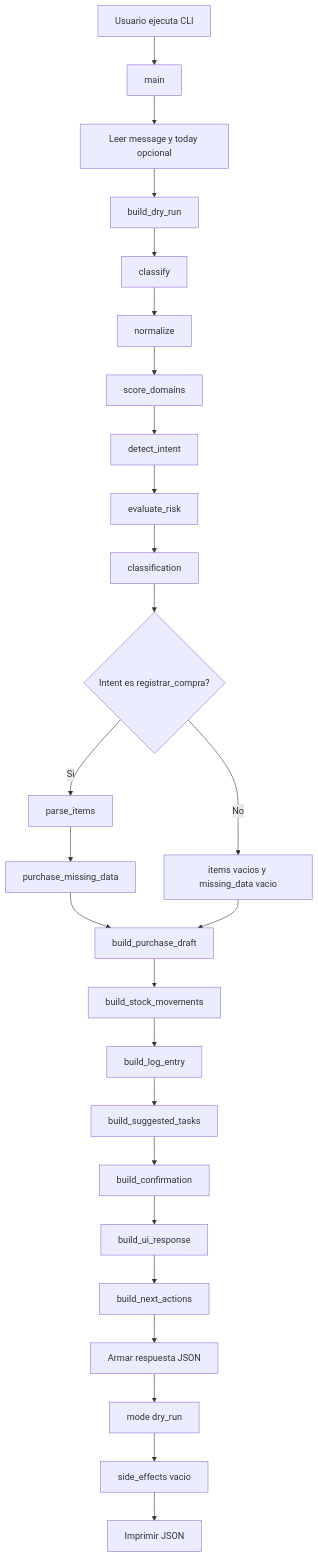
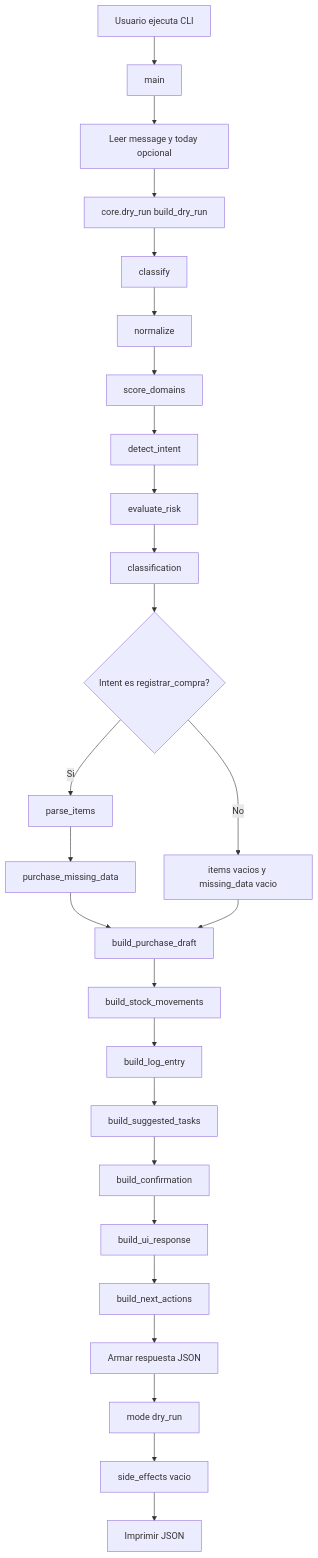
One commit to nbenitz/granja-luna-agent changed the first of 3 diagrams in runtime/docs/granja-dry-run-flow.md. Above: the diagram before and after it, drawn with Mermaid. The commit also changed other lines of this file and 12 other files, not shown here.

Commit message:
Refactor dry-run runtime into core modules

````diff
--- a/runtime/docs/granja-dry-run-flow.md
+++ b/runtime/docs/granja-dry-run-flow.md
@@ -23,31 +29,31 @@
 ```mermaid
 flowchart TD
     A[Usuario ejecuta CLI] --> B[main]
     B --> C[Leer message y today opcional]
-    C --> D[build_dry_run]
+    C --> D[core.dry_run build_dry_run]
 
     D --> E[classify]
     E --> E1[normalize]
     E1 --> E2[score_domains]
     E2 --> E3[detect_intent]
     E3 --> E4[evaluate_risk]
     E4 --> F[classification]
 
     F --> G{Intent es registrar_compra?}
     G -- Si --> H[parse_items]
     H --> I[purchase_missing_data]
     G -- No --> J[items vacios y missing_data vacio]
 
     I --> K[build_purchase_draft]
     J --> K
     K --> L[build_stock_movements]
     L --> M[build_log_entry]
     M --> N[build_suggested_tasks]
     N --> O[build_confirmation]
     O --> P[build_ui_response]
     P --> Q[build_next_actions]
     Q --> R[Armar respuesta JSON]
     R --> S[mode dry_run]
     S --> T[side_effects vacio]
     T --> U[Imprimir JSON]
 ```
````
